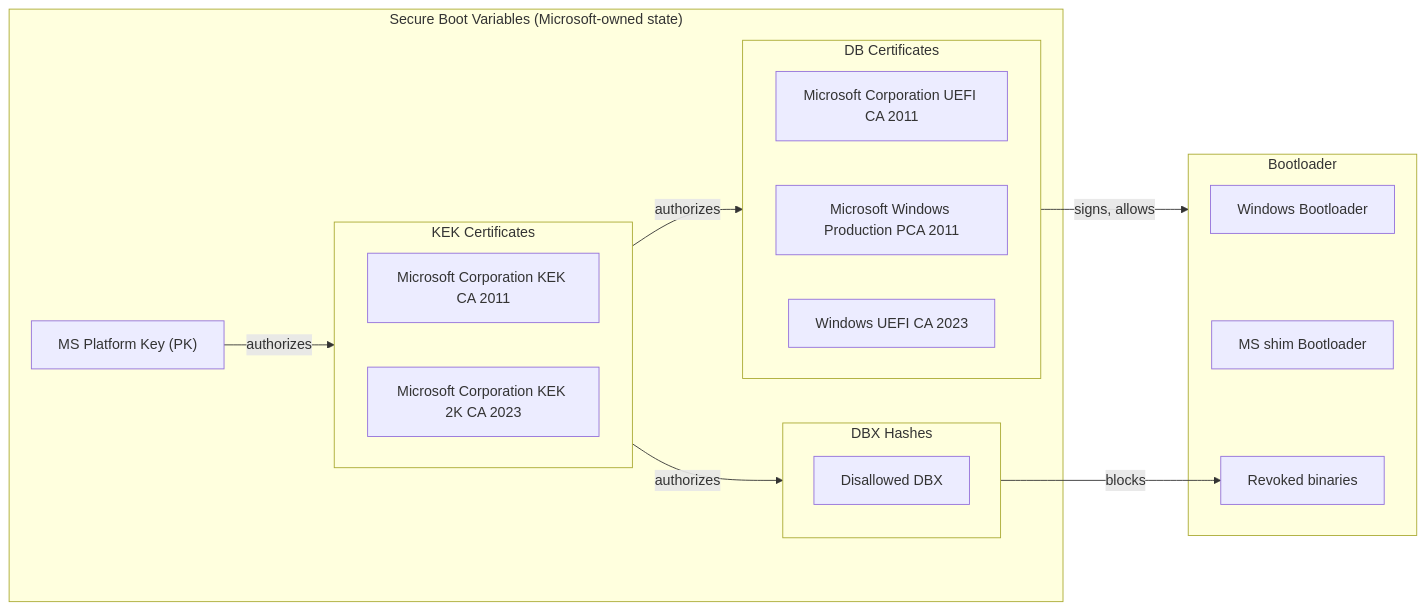
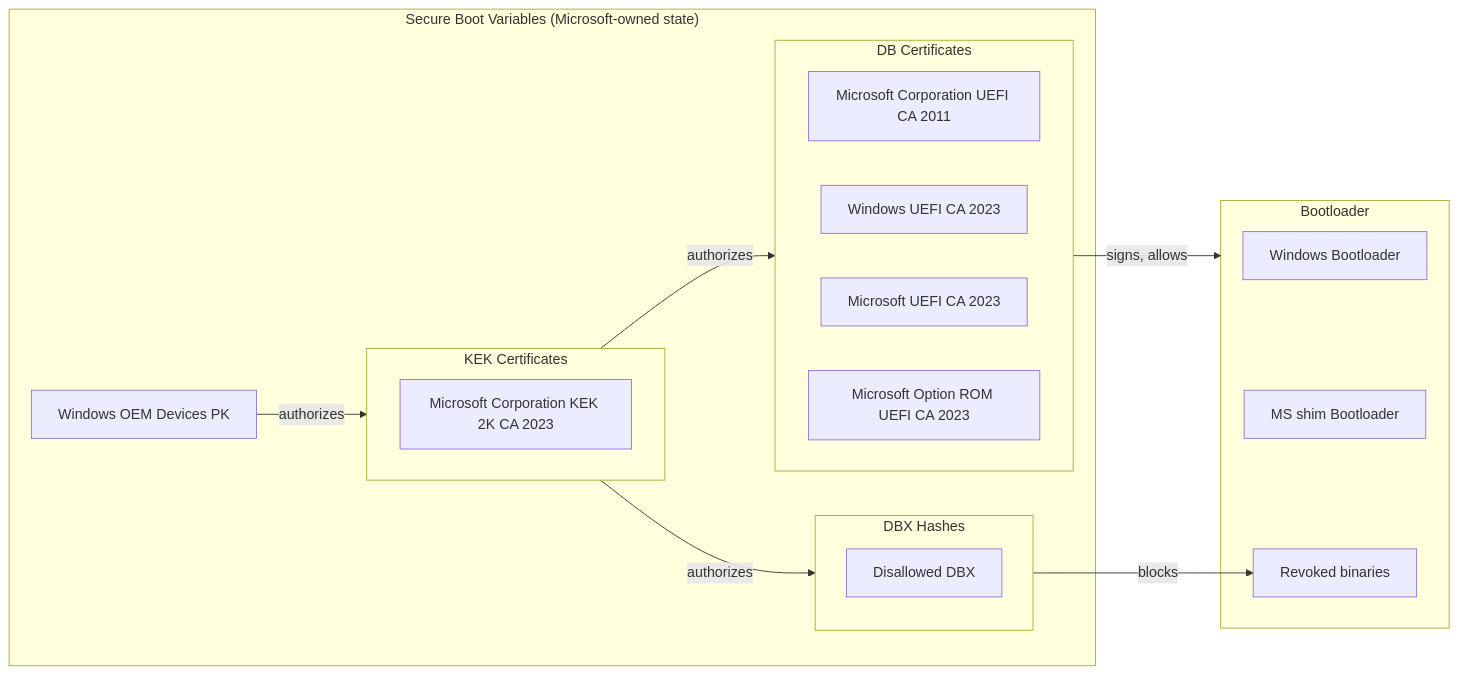
Before and after one commit to mcfbytes/sb-enema: the second of 3 diagrams in README.md, drawn with Mermaid.

Commit message:
Update MS Secure Boot Variables in README.md
Update to match MS certs as deployed

````diff
--- a/README.md
+++ b/README.md
@@ -87,38 +87,38 @@
 ```mermaid
 flowchart LR
    subgraph SB["Secure Boot Variables (Microsoft-owned state)"]
-      PK["MS Platform Key (PK)"]
+      PK["Windows OEM Devices PK"]
 
       subgraph KEK["KEK Certificates"]
          direction RL
 
-         KEK2[Microsoft Corporation KEK CA 2011]
          KEK3[Microsoft Corporation KEK 2K CA 2023]
       end
 
       subgraph DB["DB Certificates"]
          direction RL
 
          DB2[Microsoft Corporation UEFI CA 2011]
-         DB3[Microsoft Windows Production PCA 2011]
          DB4[Windows UEFI CA 2023]
+         DB5[Microsoft UEFI CA 2023]
+         DB6[Microsoft Option ROM UEFI CA 2023]
       end
 
       subgraph DBX["DBX Hashes"]
          DBX1[Disallowed DBX]
       end
    end
 
    PK -->|authorizes| KEK
    KEK -->|authorizes| DB
    KEK -->|authorizes| DBX
 
    subgraph BL[Bootloader]
       OS[Windows Bootloader]
       SHIM[MS shim Bootloader]
       BAD[Revoked binaries]
    end
 
    DB -->|signs, allows| BL
    DBX -->|blocks| BAD
 ```
````
